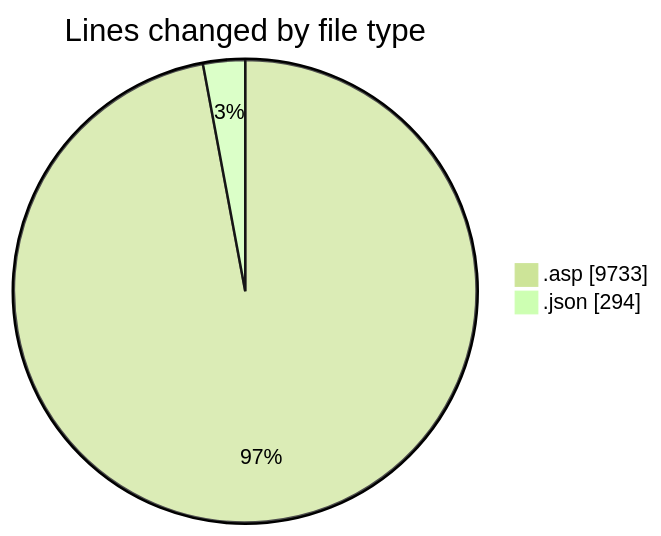
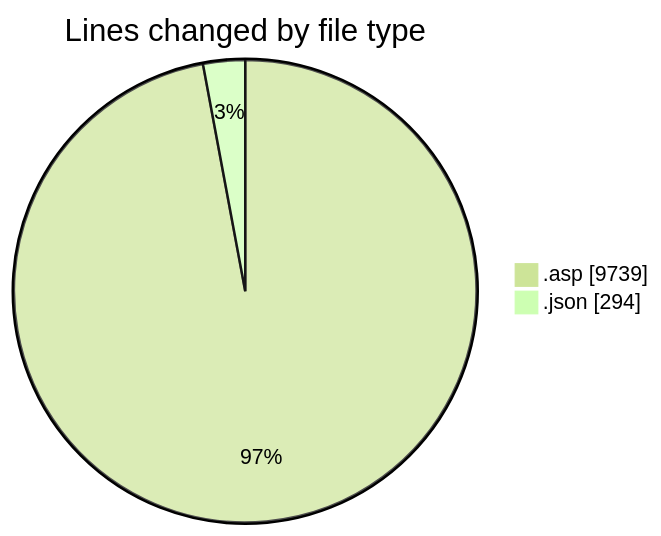
The first of 2 diagrams in 2025-10-27/usr_aleoudev_fr__workspace_/README.md (julien-gomy/code-tracking), drawn with Mermaid (forest theme) before and after one commit. The commit also changed other lines of this file and 1 other file, not shown here.

````diff
--- a/2025-10-27/usr_aleoudev_fr__workspace_/README.md
+++ b/2025-10-27/usr_aleoudev_fr__workspace_/README.md
@@ -28,6 +28,6 @@
 ```mermaid
 pie showData
 title Lines changed by file type
-".asp" : 9733
+".asp" : 9739
 ".json" : 294
 ```
````
